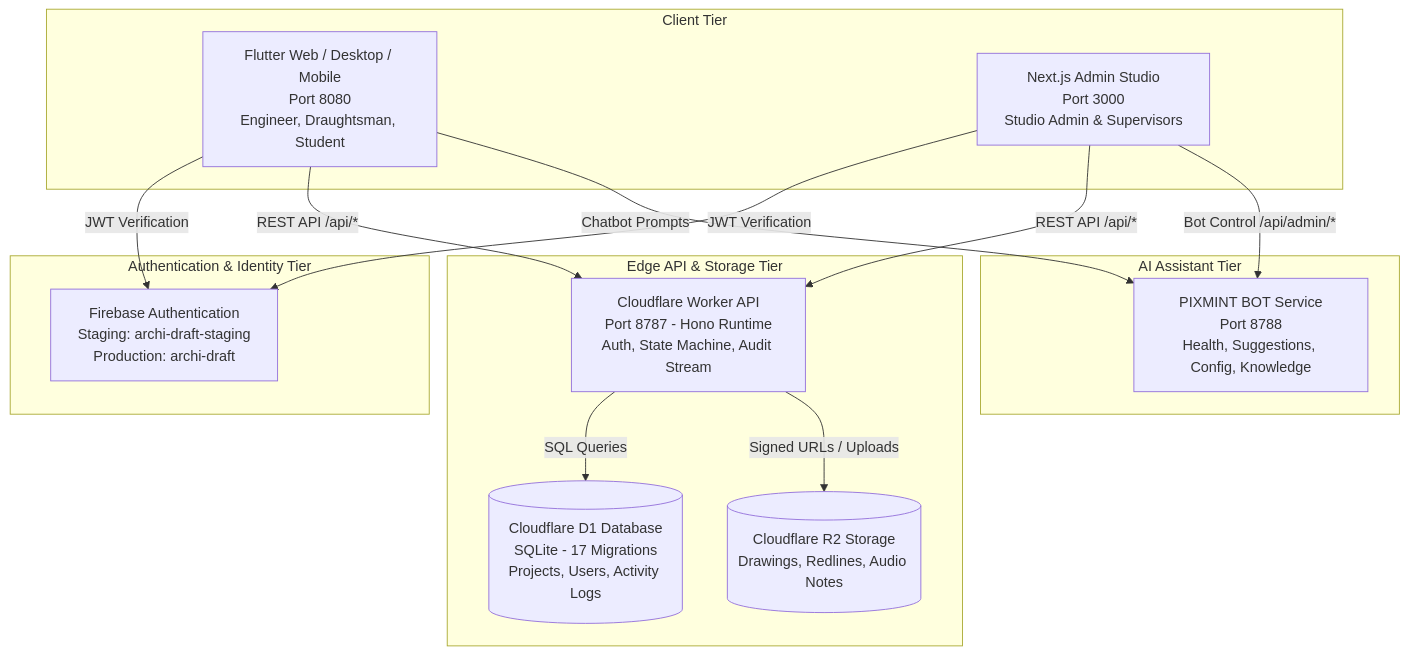
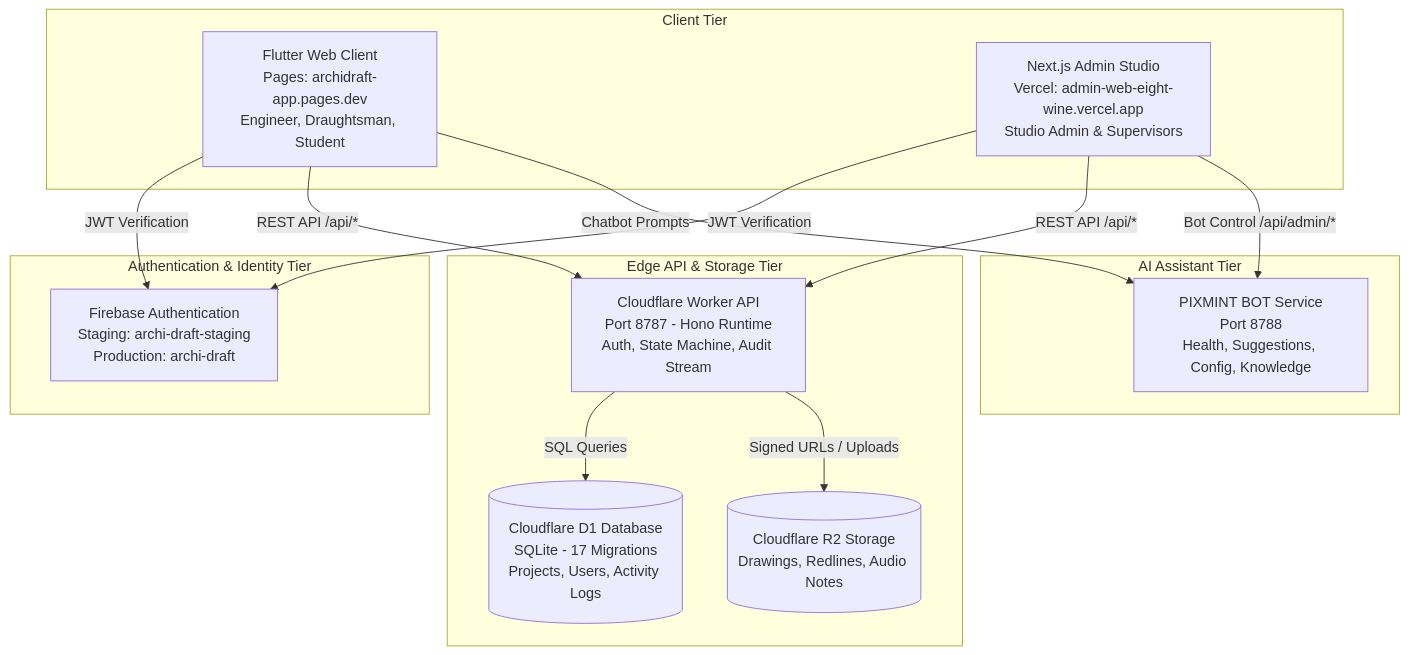
Before and after one commit to pixelmint-studio-mvs/Archidraft: the diagram in docs/02_architecture/SYSTEM_ARCHITECTURE.md, drawn with Mermaid. The commit also changed other lines of this file and 8 other files, not shown here.

````diff
--- a/docs/02_architecture/SYSTEM_ARCHITECTURE.md
+++ b/docs/02_architecture/SYSTEM_ARCHITECTURE.md
@@ -13,30 +13,30 @@
 ```mermaid
 graph TB
     subgraph Client Tier
-        FW[Flutter Web / Desktop / Mobile<br/>Port 8080<br/>Engineer, Draughtsman, Student]
-        AW[Next.js Admin Studio<br/>Port 3000<br/>Studio Admin & Supervisors]
+        FW[Flutter Web Client<br/>Pages: archidraft-app.pages.dev<br/>Engineer, Draughtsman, Student]
+        AW[Next.js Admin Studio<br/>Vercel: admin-web-eight-wine.vercel.app<br/>Studio Admin & Supervisors]
     end
 
     subgraph AI Assistant Tier
         PB[PIXMINT BOT Service<br/>Port 8788<br/>Health, Suggestions, Config, Knowledge]
     end
 
     subgraph Authentication & Identity Tier
         FA[Firebase Authentication<br/>Staging: archi-draft-staging<br/>Production: archi-draft]
     end
 
     subgraph Edge API & Storage Tier
         CW[Cloudflare Worker API<br/>Port 8787 - Hono Runtime<br/>Auth, State Machine, Audit Stream]
         D1[(Cloudflare D1 Database<br/>SQLite - 17 Migrations<br/>Projects, Users, Activity Logs)]
         R2[(Cloudflare R2 Storage<br/>Drawings, Redlines, Audio Notes)]
     end
 
     FW -->|JWT Verification| FA
     AW -->|JWT Verification| FA
     FW -->|REST API /api/*| CW
     AW -->|REST API /api/*| CW
     AW -->|Bot Control /api/admin/*| PB
     FW -->|Chatbot Prompts| PB
     CW -->|SQL Queries| D1
     CW -->|Signed URLs / Uploads| R2
 ```
````
